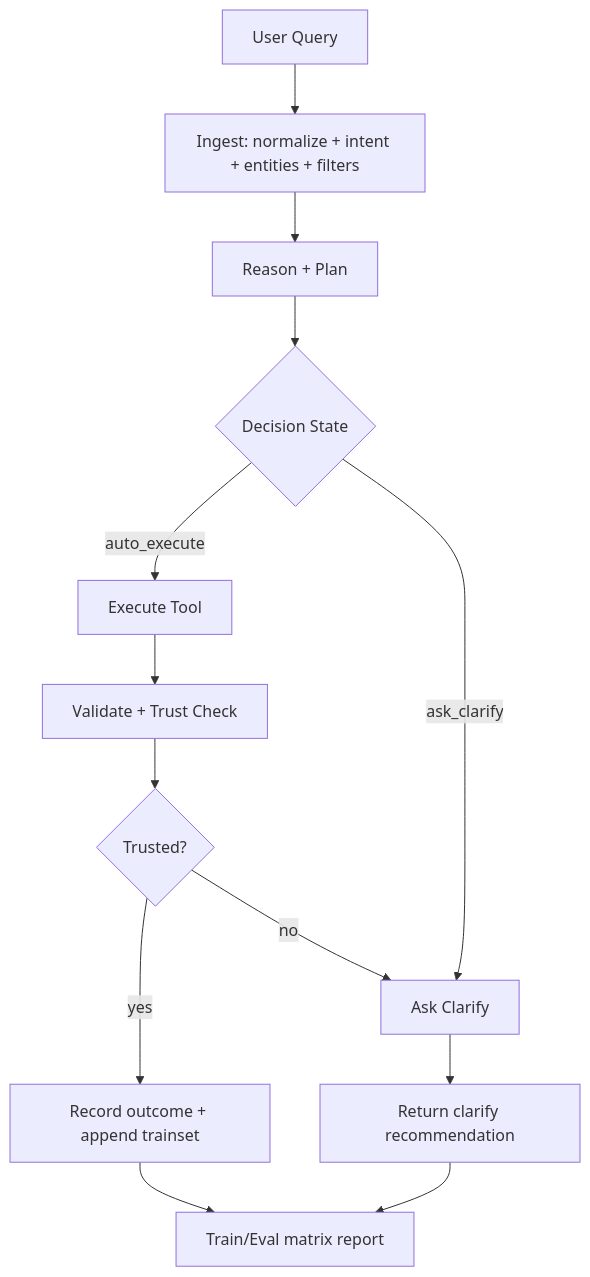
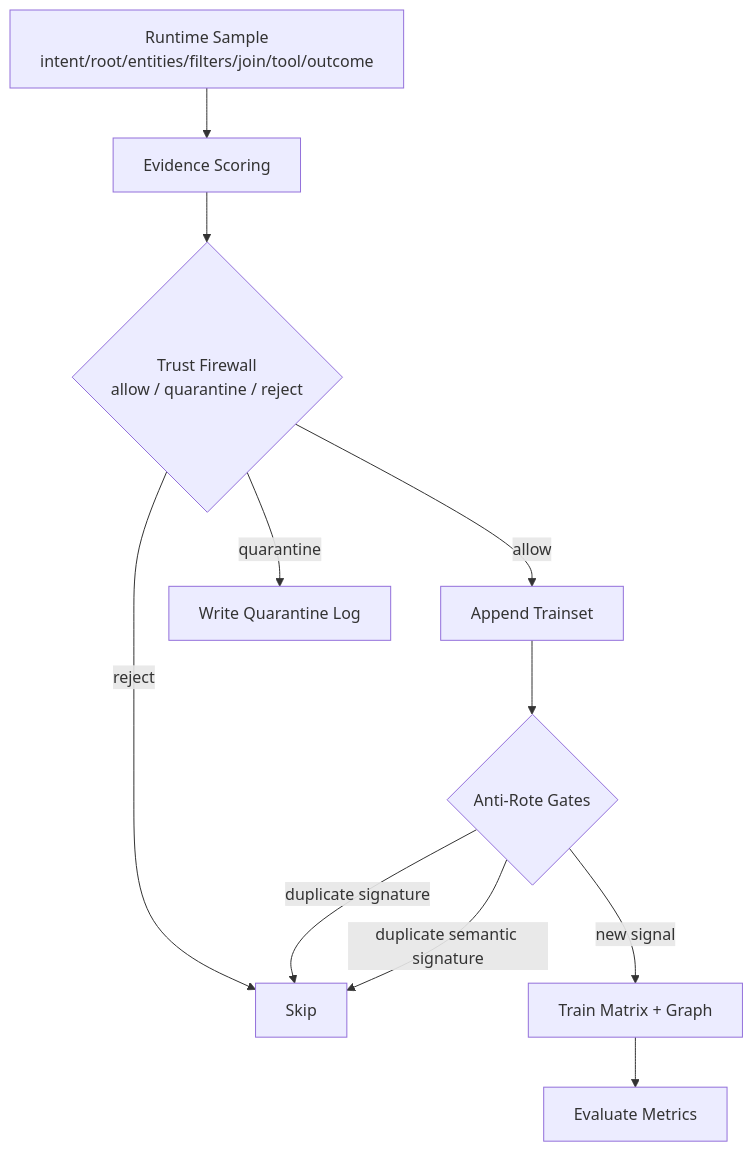
Before and after one commit to phunhph/agentic_ai: the second of 2 diagrams in README.md, drawn with Mermaid. The commit also changed other lines of this file and 35 other files, not shown here.

````diff
--- a/README.md
+++ b/README.md
@@ -34,15 +97,13 @@
 ```mermaid
-graph TD
-    UQ[User Query] --> P1[Ingest: normalize + intent + entities + filters]
-    P1 --> P2[Reason + Plan]
-    P2 --> D{Decision State}
-    D -->|auto_execute| X1[Execute Tool]
-    D -->|ask_clarify| X2[Ask Clarify]
-    X1 --> V[Validate + Trust Check]
-    V --> C{Trusted?}
-    C -->|yes| L1[Record outcome + append trainset]
-    C -->|no| X2
-    X2 --> L2[Return clarify recommendation]
-    L1 --> R[Train/Eval matrix report]
-    L2 --> R
+flowchart TD
+    A[Runtime Sample\nintent/root/entities/filters/join/tool/outcome] --> E[Evidence Scoring]
+    E --> F{Trust Firewall\nallow / quarantine / reject}
+    F -->|allow| T[Append Trainset]
+    F -->|quarantine| Q[Write Quarantine Log]
+    F -->|reject| S[Skip]
+    T --> D{Anti-Rote Gates}
+    D -->|duplicate signature| S
+    D -->|duplicate semantic signature| S
+    D -->|new signal| M[Train Matrix + Graph]
+    M --> V[Evaluate Metrics]
 ```
````
